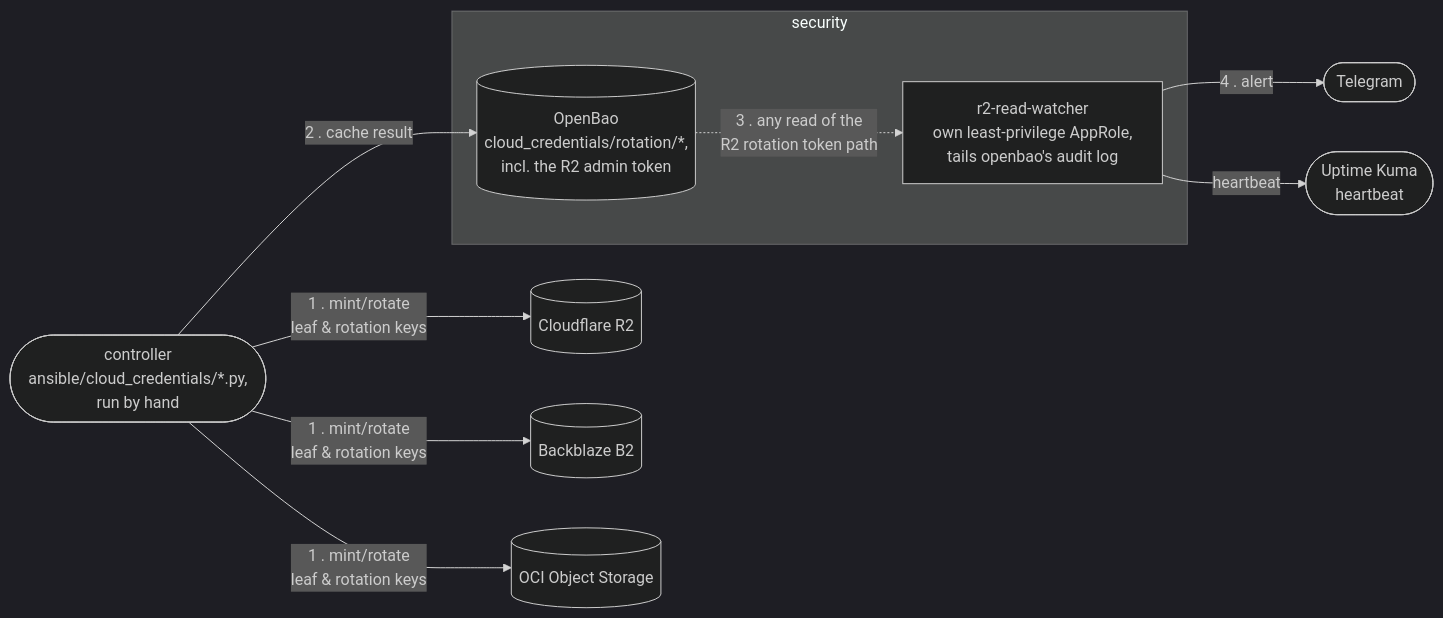
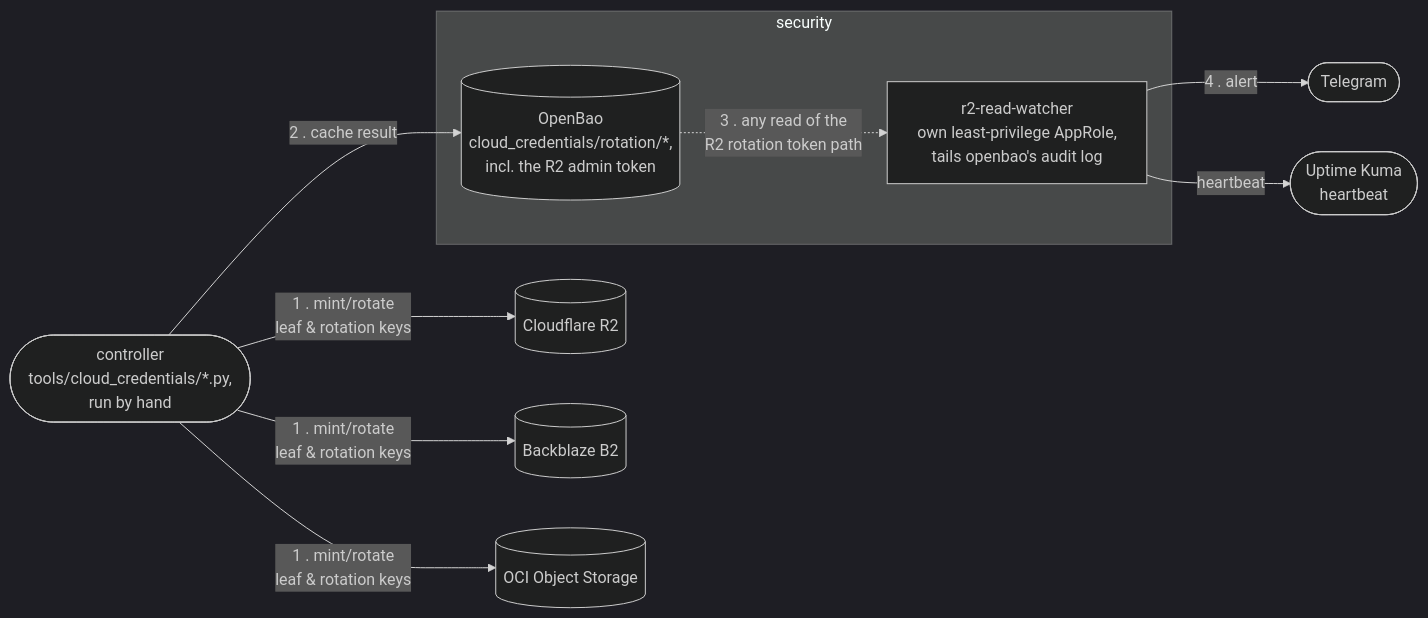
One commit to wenenhoe/homelab changed the second of 2 diagrams in docs/architecture/secrets-and-credentials-flow.md. Above: the diagram before and after it, drawn with Mermaid (dark theme). The commit also changed other lines of this file and 20 other files, not shown here.

````diff
--- a/docs/architecture/secrets-and-credentials-flow.md
+++ b/docs/architecture/secrets-and-credentials-flow.md
@@ -35,21 +35,21 @@
 ```mermaid
 flowchart LR
-    controller(["controller<br/>ansible/cloud_credentials/*.py,<br/>run by hand"])
+    controller(["controller<br/>tools/cloud_credentials/*.py,<br/>run by hand"])
     r2[("Cloudflare R2")]
     b2[("Backblaze B2")]
     oci[("OCI Object Storage")]
 
     subgraph security["security"]
         openbao[("OpenBao<br/>cloud_credentials/rotation/*,<br/>incl. the R2 admin token")]
         watcher["r2-read-watcher<br/>own least-privilege AppRole,<br/>tails openbao's audit log"]
     end
 
     telegram(["Telegram"])
     kuma(["Uptime Kuma<br/>heartbeat"])
 
     controller -- "1 . mint/rotate<br/>leaf & rotation keys" --> r2 & b2 & oci
     controller -- "2 . cache result" --> openbao
     openbao -. "3 . any read of the<br/>R2 rotation token path" .-> watcher
     watcher -- "4 . alert" --> telegram
     watcher -- "heartbeat" --> kuma
 ```
````
